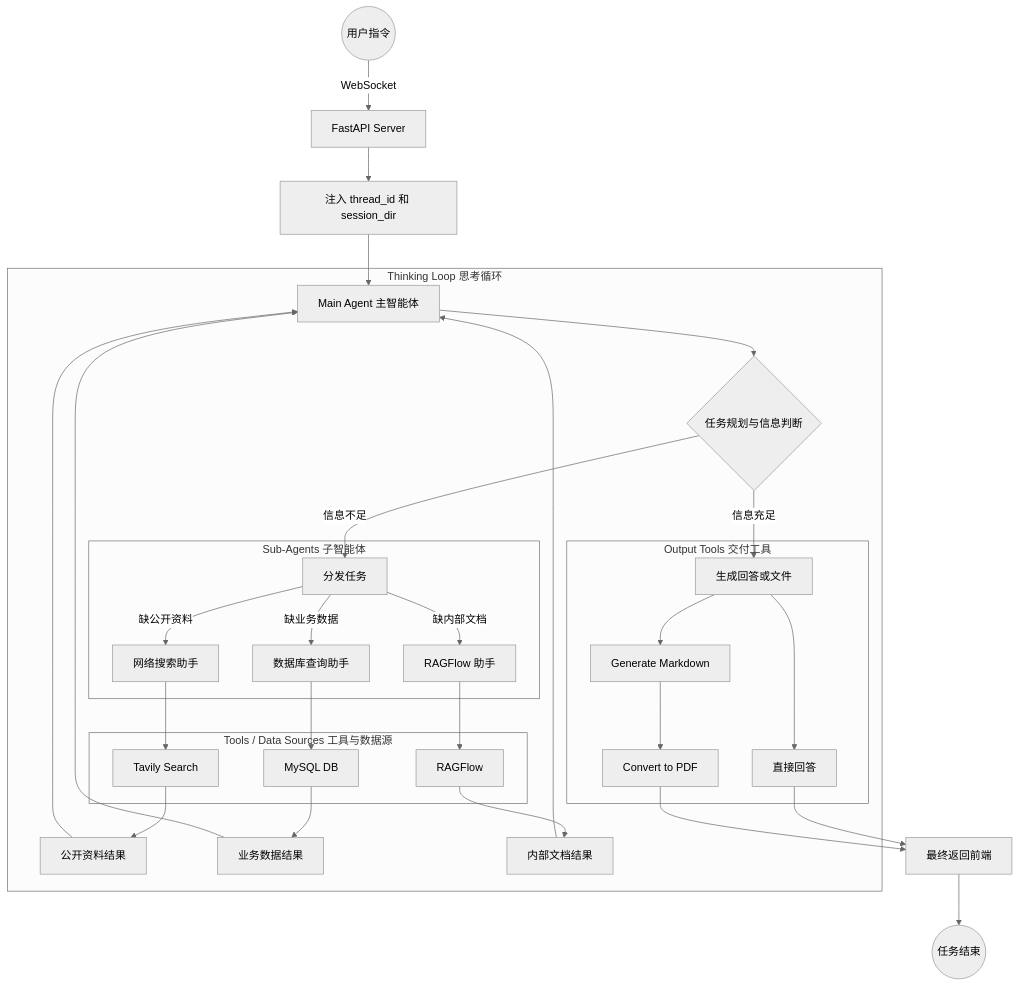
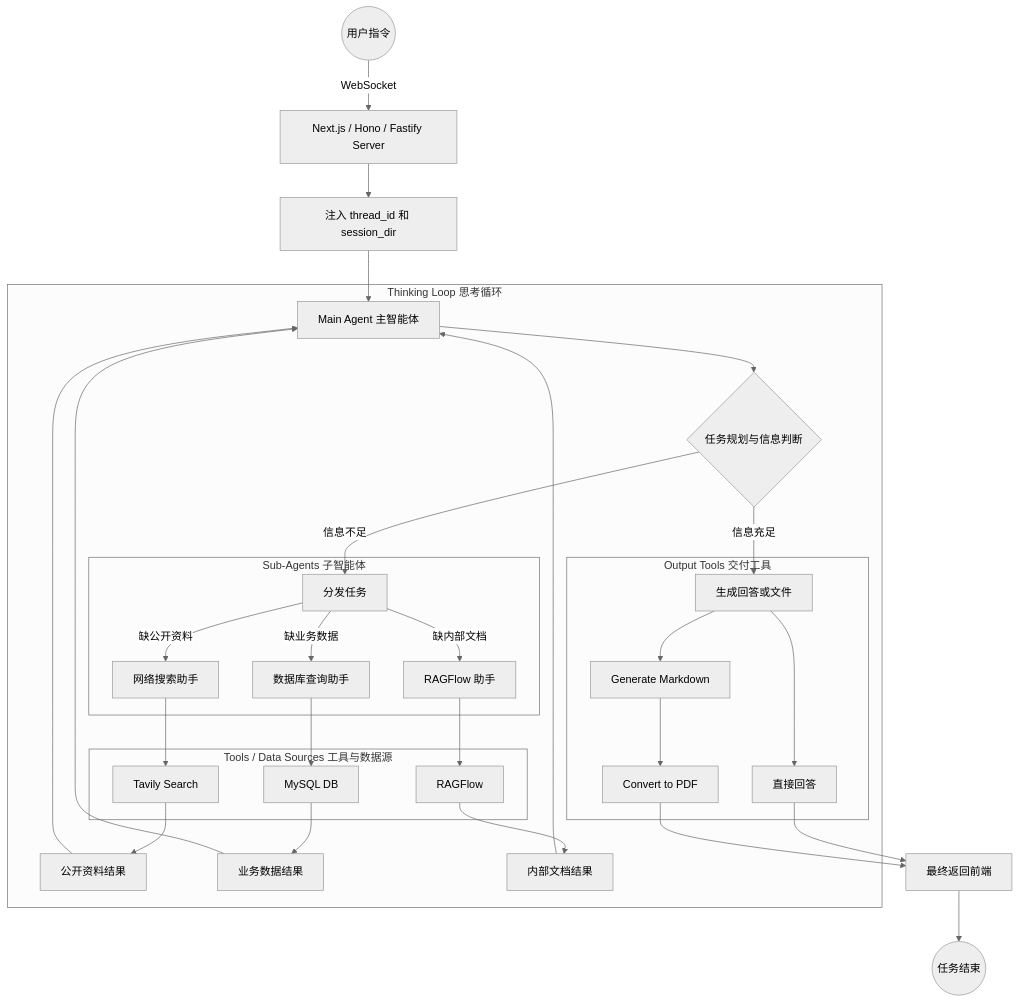
The diagram in book/projects/deep-research/8-项目总览与工程初始化.md (eat-happy/ai-agents-from-zero-ts), drawn with Mermaid (neutral theme) before and after one commit. The commit also changed other lines of this file and 76 other files, not shown here.

````diff
--- a/book/projects/deep-research/8-项目总览与工程初始化.md
+++ b/book/projects/deep-research/8-项目总览与工程初始化.md
@@ -162,41 +162,41 @@
 ```mermaid
 flowchart TD
-    Start((用户指令)) -->|WebSocket| Server[FastAPI Server]
+    Start((用户指令)) -->|WebSocket| Server[Next.js / Hono / Fastify Server]
     Server --> Context[注入 thread_id 和 session_dir]
     Context --> Main[Main Agent 主智能体]
 
     subgraph Loop["Thinking Loop 思考循环"]
         Main --> Plan{任务规划与信息判断}
         Plan -- 信息不足 --> Dispatch[分发任务]
         Plan -- 信息充足 --> Generate[生成回答或文件]
 
         subgraph Agents["Sub-Agents 子智能体"]
             Dispatch -- 缺公开资料 --> SearchAgent[网络搜索助手]
             Dispatch -- 缺业务数据 --> DBAgent[数据库查询助手]
             Dispatch -- 缺内部文档 --> RAGAgent[RAGFlow 助手]
         end
 
         subgraph Tools["Tools / Data Sources 工具与数据源"]
             SearchAgent --> Tavily[Tavily Search]
             DBAgent --> MySQL[MySQL DB]
             RAGAgent --> RAGFlow[RAGFlow]
         end
 
         Tavily --> SearchResult[公开资料结果]
         MySQL --> DBResult[业务数据结果]
         RAGFlow --> RAGResult[内部文档结果]
         SearchResult --> Main
         DBResult --> Main
         RAGResult --> Main
 
         subgraph Output["Output Tools 交付工具"]
             Generate --> Answer[直接回答]
             Generate --> MD[Generate Markdown]
             MD --> PDF[Convert to PDF]
         end
     end
 
     Answer --> Response[最终返回前端]
     PDF --> Response
     Response --> End((任务结束))
 ```
````
